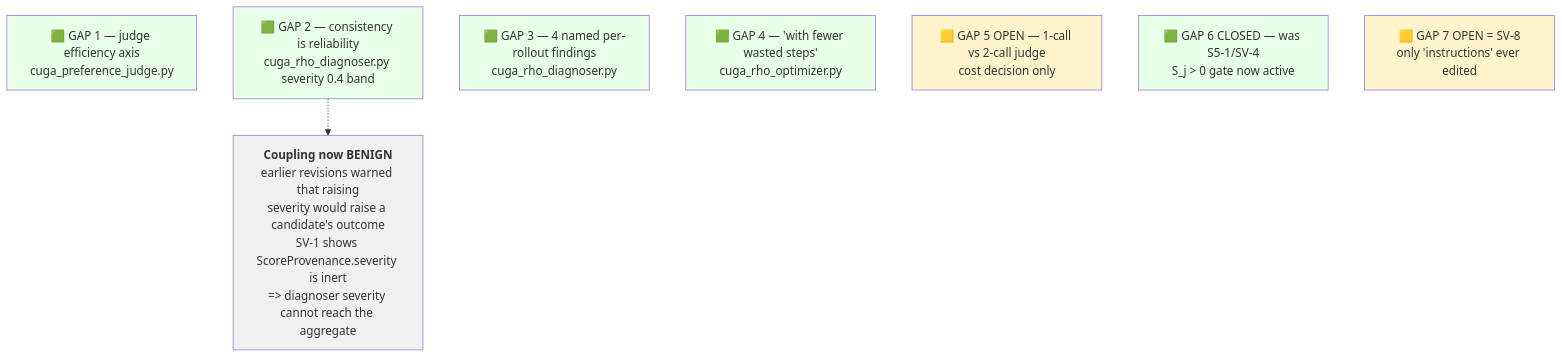
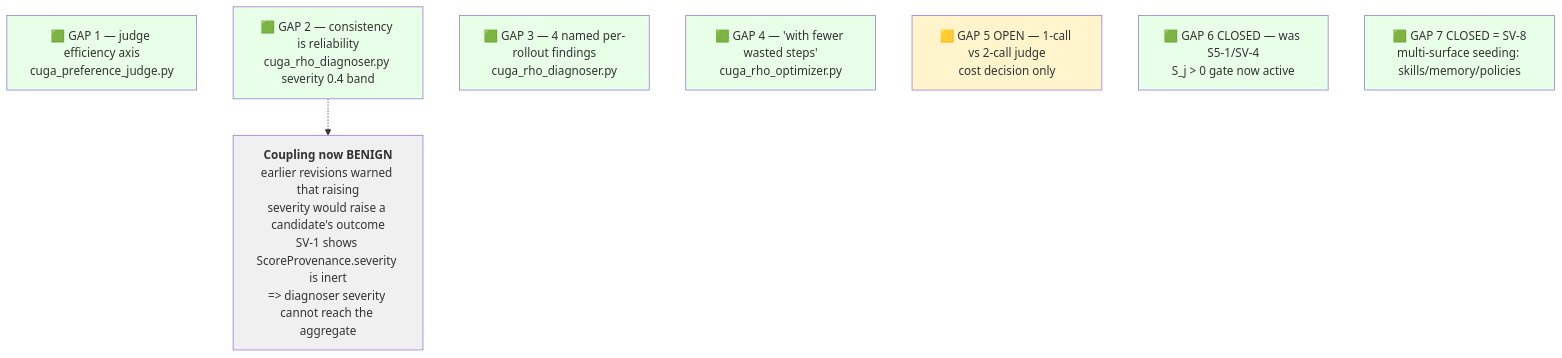
One commit to one-little-step/AgentEvolve changed the eighth of 10 diagrams in docs/architecture/IMPLEMENTED-PIPELINE-MAP.md. Above: the diagram before and after it, drawn with Mermaid. The commit also changed other lines of this file and 65 other files, not shown here.

````diff
--- a/docs/architecture/IMPLEMENTED-PIPELINE-MAP.md
+++ b/docs/architecture/IMPLEMENTED-PIPELINE-MAP.md
@@ -368,21 +384,21 @@
 ```mermaid
 flowchart TB
     G1["🟩 GAP 1 — judge efficiency axis<br/>cuga_preference_judge.py"]
     G2["🟩 GAP 2 — consistency is reliability<br/>cuga_rho_diagnoser.py severity 0.4 band"]
     G3["🟩 GAP 3 — 4 named per-rollout findings<br/>cuga_rho_diagnoser.py"]
     G4["🟩 GAP 4 — 'with fewer wasted steps'<br/>cuga_rho_optimizer.py"]
     G5["🟨 GAP 5 OPEN — 1-call vs 2-call judge<br/>cost decision only"]
     G6["🟩 GAP 6 CLOSED — was S5-1/SV-4<br/>S_j > 0 gate now active"]
-    G7["🟨 GAP 7 OPEN = SV-8<br/>only 'instructions' ever edited"]
+    G7["🟩 GAP 7 CLOSED = SV-8<br/>multi-surface seeding: skills/memory/policies"]
 
     G2 -.-> NOTE["<b>Coupling now BENIGN</b><br/>earlier revisions warned that raising<br/>severity would raise a candidate's outcome<br/>SV-1 shows ScoreProvenance.severity is inert<br/>=> diagnoser severity cannot reach the aggregate"]
 
     style G1 fill:#e8ffe8
     style G2 fill:#e8ffe8
     style G3 fill:#e8ffe8
     style G4 fill:#e8ffe8
     style G6 fill:#e8ffe8
     style G5 fill:#fff4cc
-    style G7 fill:#fff4cc
+    style G7 fill:#e8ffe8
     style NOTE fill:#f0f0f0
 ```
````
